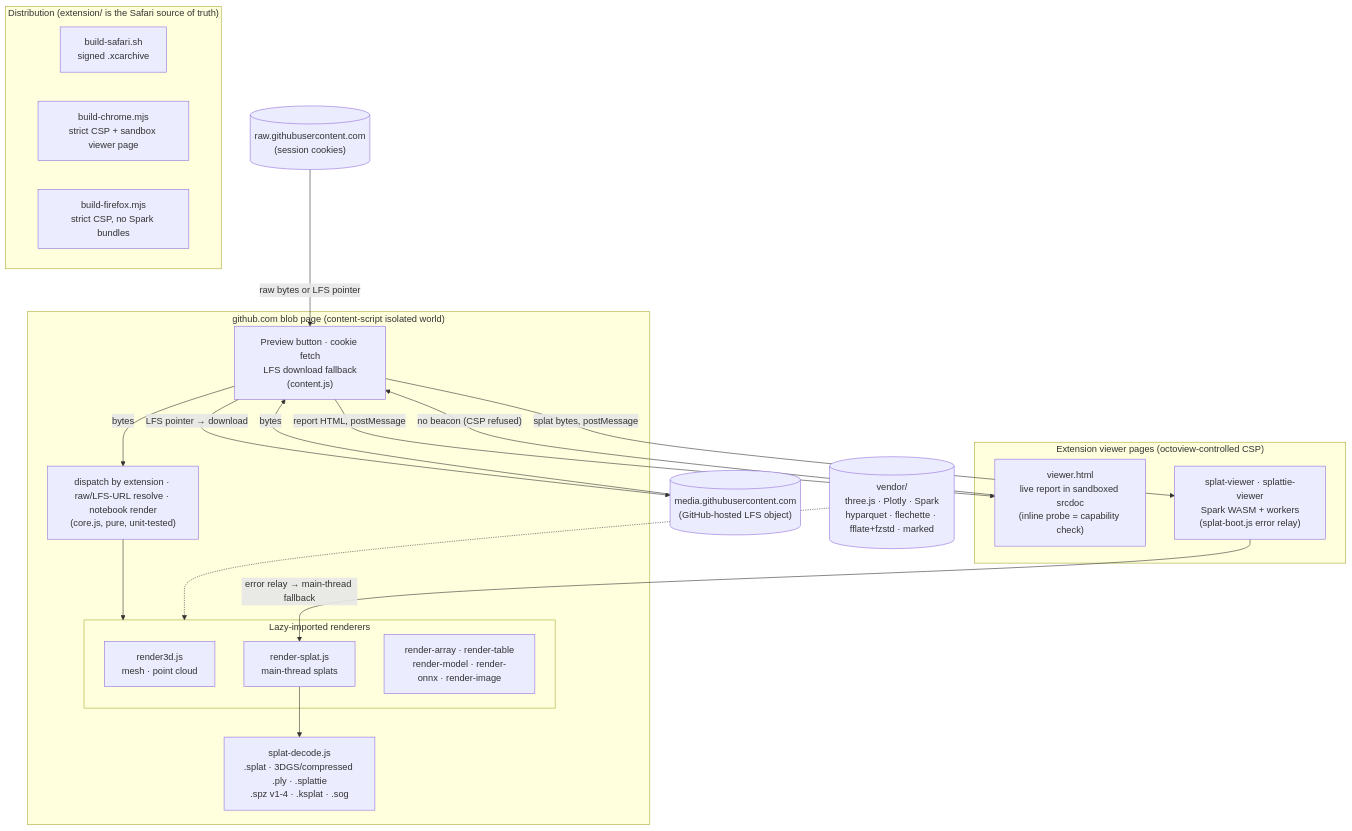
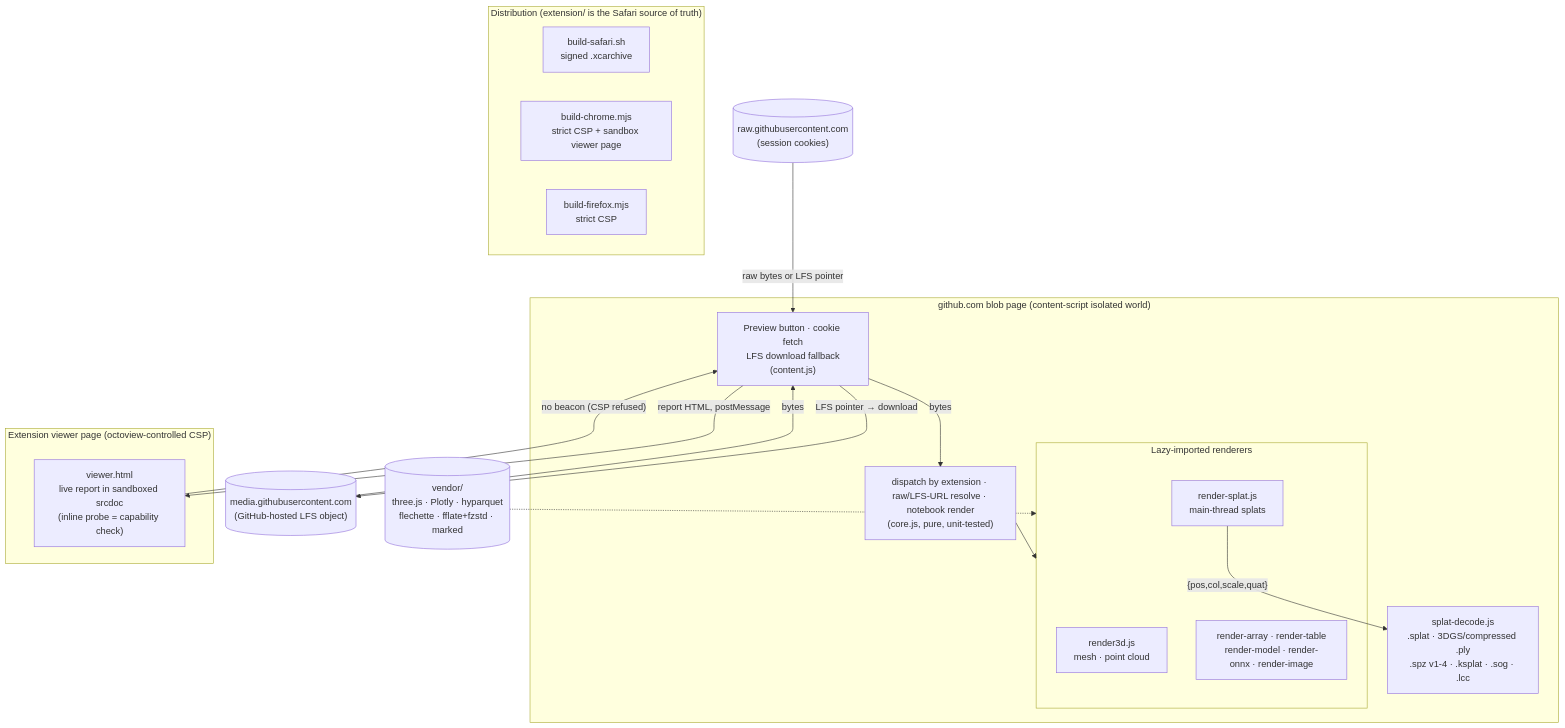
Before and after one commit to affromero/octoview: the diagram in README.md, drawn with Mermaid. The commit also changed other lines of this file and 4 other files, not shown here.

First line of the commit message:
docs: rewrite splat docs for the native renderer, add "why not Spark"

````diff
--- a/README.md
+++ b/README.md
@@ -161,40 +183,37 @@
 ```mermaid
 flowchart TD
     subgraph blob["github.com blob page (content-script isolated world)"]
         content["Preview button · cookie fetch<br/>LFS download fallback<br/>(content.js)"]
         core["dispatch by extension · raw/LFS-URL resolve · notebook render<br/>(core.js, pure, unit-tested)"]
         subgraph renderers["Lazy-imported renderers"]
             r3d["render3d.js<br/>mesh · point cloud"]
             rsplat["render-splat.js<br/>main-thread splats"]
             rmisc["render-array · render-table<br/>render-model · render-onnx · render-image"]
         end
-        decode["splat-decode.js<br/>.splat · 3DGS/compressed .ply · .splattie<br/>.spz v1-4 · .ksplat · .sog"]
+        decode["splat-decode.js<br/>.splat · 3DGS/compressed .ply<br/>.spz v1-4 · .ksplat · .sog · .lcc"]
     end
 
-    subgraph pages["Extension viewer pages (octoview-controlled CSP)"]
+    subgraph pages["Extension viewer page (octoview-controlled CSP)"]
         viewer["viewer.html<br/>live report in sandboxed srcdoc<br/>(inline probe = capability check)"]
-        sparkview["splat-viewer · splattie-viewer<br/>Spark WASM + workers<br/>(splat-boot.js error relay)"]
     end
 
     gh[("raw.githubusercontent.com<br/>(session cookies)")]
     lfs[("media.githubusercontent.com<br/>(GitHub-hosted LFS object)")]
-    vendor[("vendor/<br/>three.js · Plotly · Spark<br/>hyparquet · flechette · fflate+fzstd · marked")]
+    vendor[("vendor/<br/>three.js · Plotly · hyparquet<br/>flechette · fflate+fzstd · marked")]
 
     content -->|bytes| core
     gh -->|raw bytes or LFS pointer| content
     content -->|LFS pointer → download| lfs
     lfs -->|bytes| content
     core --> renderers
-    rsplat --> decode
+    rsplat -->|"{pos,col,scale,quat}"| decode
     vendor -.-> renderers
     content -->|report HTML, postMessage| viewer
-    content -->|splat bytes, postMessage| sparkview
     viewer -->|"no beacon (CSP refused)"| content
-    sparkview -->|"error relay → main-thread fallback"| rsplat
 
     subgraph builds["Distribution (extension/ is the Safari source of truth)"]
         safari["build-safari.sh<br/>signed .xcarchive"]
         chrome["build-chrome.mjs<br/>strict CSP + sandbox viewer page"]
-        firefox["build-firefox.mjs<br/>strict CSP, no Spark bundles"]
+        firefox["build-firefox.mjs<br/>strict CSP"]
     end
 ```
````
